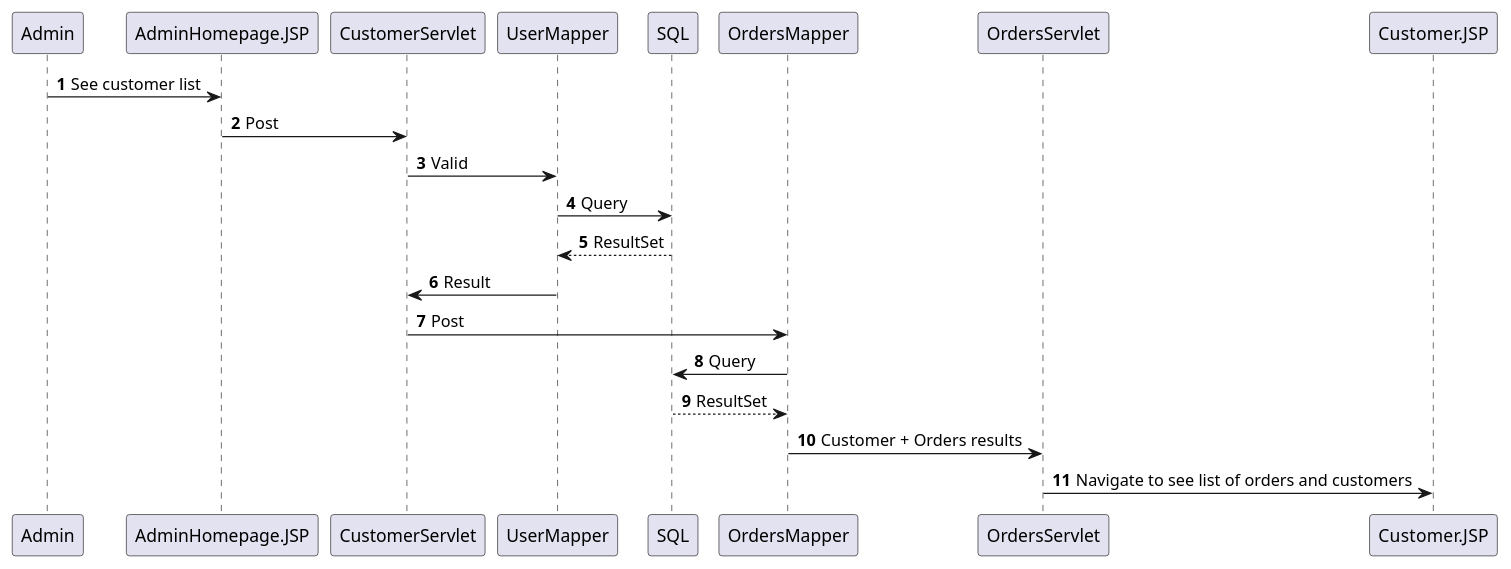
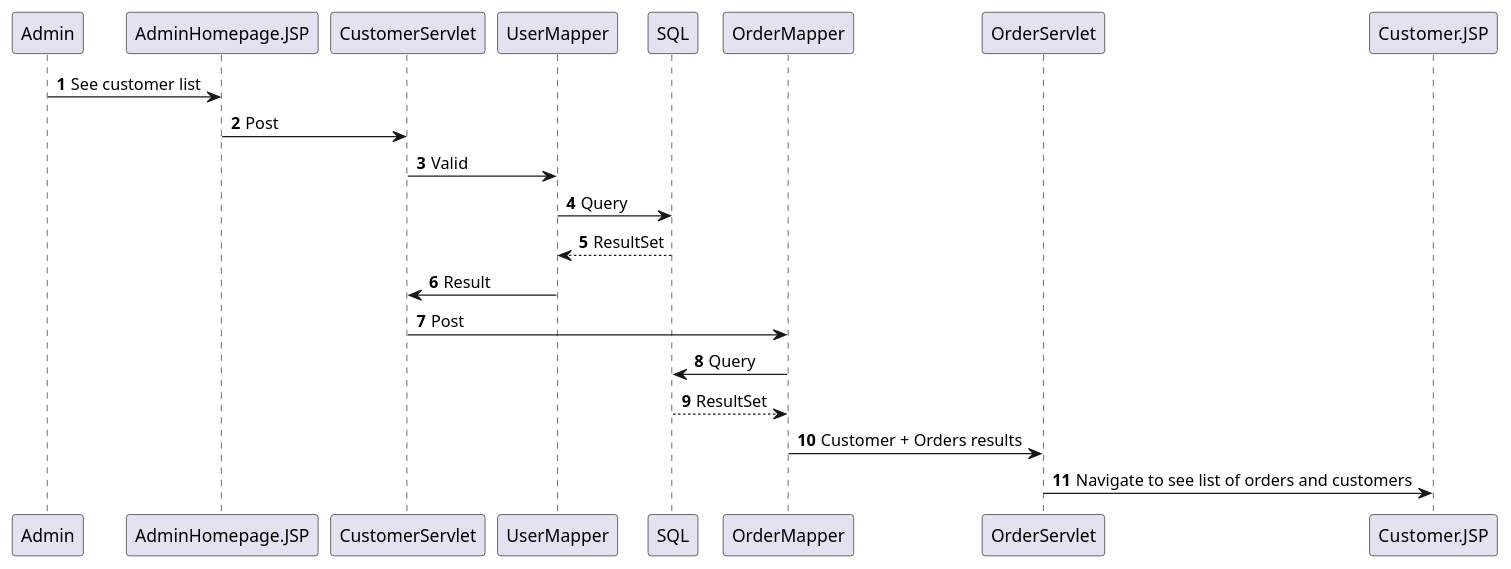
The diagram in documentation/SqAdminSeeCustomer.puml (HeinLarsen/fog-carport), drawn with PlantUML before and after one commit. The commit also changed 2 other files, not shown here.

Commit message:
No COServlet, back to AdminHomepageServlet bliver rettet nu.

```diff
--- a/documentation/SqAdminSeeCustomer.puml
+++ b/documentation/SqAdminSeeCustomer.puml
@@ -1,18 +1,18 @@
 @startuml
 'https://plantuml.com/sequence-diagram
 
 autonumber
 
 Admin -> AdminHomepage.JSP: See customer list
 AdminHomepage.JSP -> CustomerServlet: Post
 CustomerServlet -> UserMapper: Valid
 UserMapper -> SQL: Query
 SQL --> UserMapper: ResultSet
 UserMapper -> CustomerServlet: Result
-CustomerServlet -> OrdersMapper: Post
-OrdersMapper -> SQL: Query
-SQL --> OrdersMapper: ResultSet
-OrdersMapper -> OrdersServlet: Customer + Orders results
-OrdersServlet -> Customer.JSP: Navigate to see list of orders and customers
+CustomerServlet -> OrderMapper: Post
+OrderMapper -> SQL: Query
+SQL --> OrderMapper: ResultSet
+OrderMapper -> OrderServlet: Customer + Orders results
+OrderServlet -> Customer.JSP: Navigate to see list of orders and customers
 
 @enduml
```
